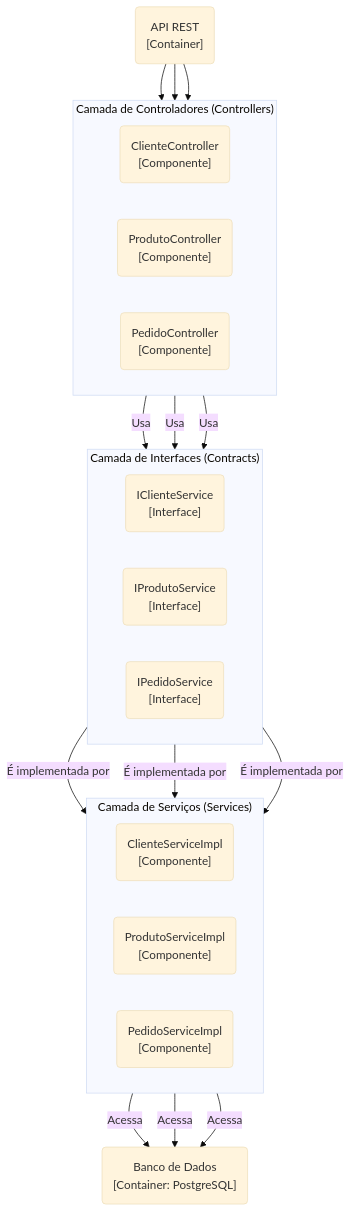
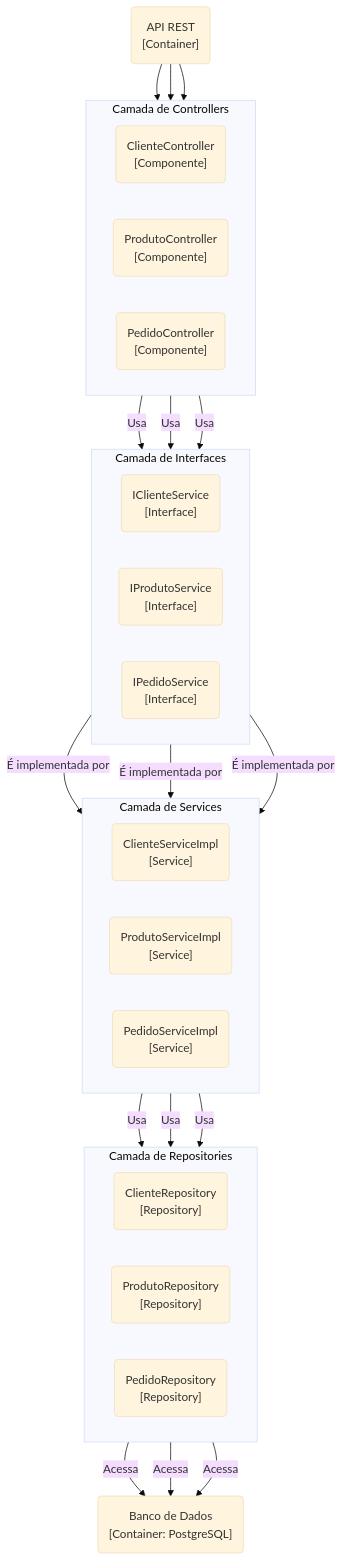
The third of 6 diagrams in DESENHO_ARQUITETURAL.md (iagobrdev/orders-bootcamp), drawn with Mermaid (base theme) before and after one commit.

Commit message:
final version

````diff
--- a/DESENHO_ARQUITETURAL.md
+++ b/DESENHO_ARQUITETURAL.md
@@ -192,43 +192,54 @@
 ```mermaid
 graph TD
     direction TB
     
     api("API REST<br>[Container]")
 
-    subgraph "Camada de Controladores (Controllers)"
+    subgraph "Camada de Controllers"
         direction LR
         cc("ClienteController<br>[Componente]")
         pc("ProdutoController<br>[Componente]")
         oc("PedidoController<br>[Componente]")
     end
 
-    subgraph "Camada de Interfaces (Contracts)"
+    subgraph "Camada de Interfaces"
         direction LR
         ics("IClienteService<br>[Interface]")
         ips("IProdutoService<br>[Interface]")
         ios("IPedidoService<br>[Interface]")
     end
 
-    subgraph "Camada de Serviços (Services)"
+    subgraph "Camada de Services"
         direction LR
-        cs("ClienteServiceImpl<br>[Componente]")
-        ps("ProdutoServiceImpl<br>[Componente]")
-        os("PedidoServiceImpl<br>[Componente]")
+        cs("ClienteServiceImpl<br>[Service]")
+        ps("ProdutoServiceImpl<br>[Service]")
+        os("PedidoServiceImpl<br>[Service]")
+    end
+
+    subgraph "Camada de Repositories"
+        direction LR
+        cr("ClienteRepository<br>[Repository]")
+        pr("ProdutoRepository<br>[Repository]")
+        or("PedidoRepository<br>[Repository]")
     end
 
     db("Banco de Dados<br>[Container: PostgreSQL]")
 
     api --> cc & pc & oc
 
     cc -- "Usa" --> ics
     pc -- "Usa" --> ips
     oc -- "Usa" --> ios
     
     ics -- "É implementada por" --> cs
     ips -- "É implementada por" --> ps
     ios -- "É implementada por" --> os
 
-    cs -- "Acessa" --> db
-    ps -- "Acessa" --> db
-    os -- "Acessa" --> db
+    cs -- "Usa" --> cr
+    ps -- "Usa" --> pr
+    os -- "Usa" --> or
+
+    cr -- "Acessa" --> db
+    pr -- "Acessa" --> db
+    or -- "Acessa" --> db
 ```
````
